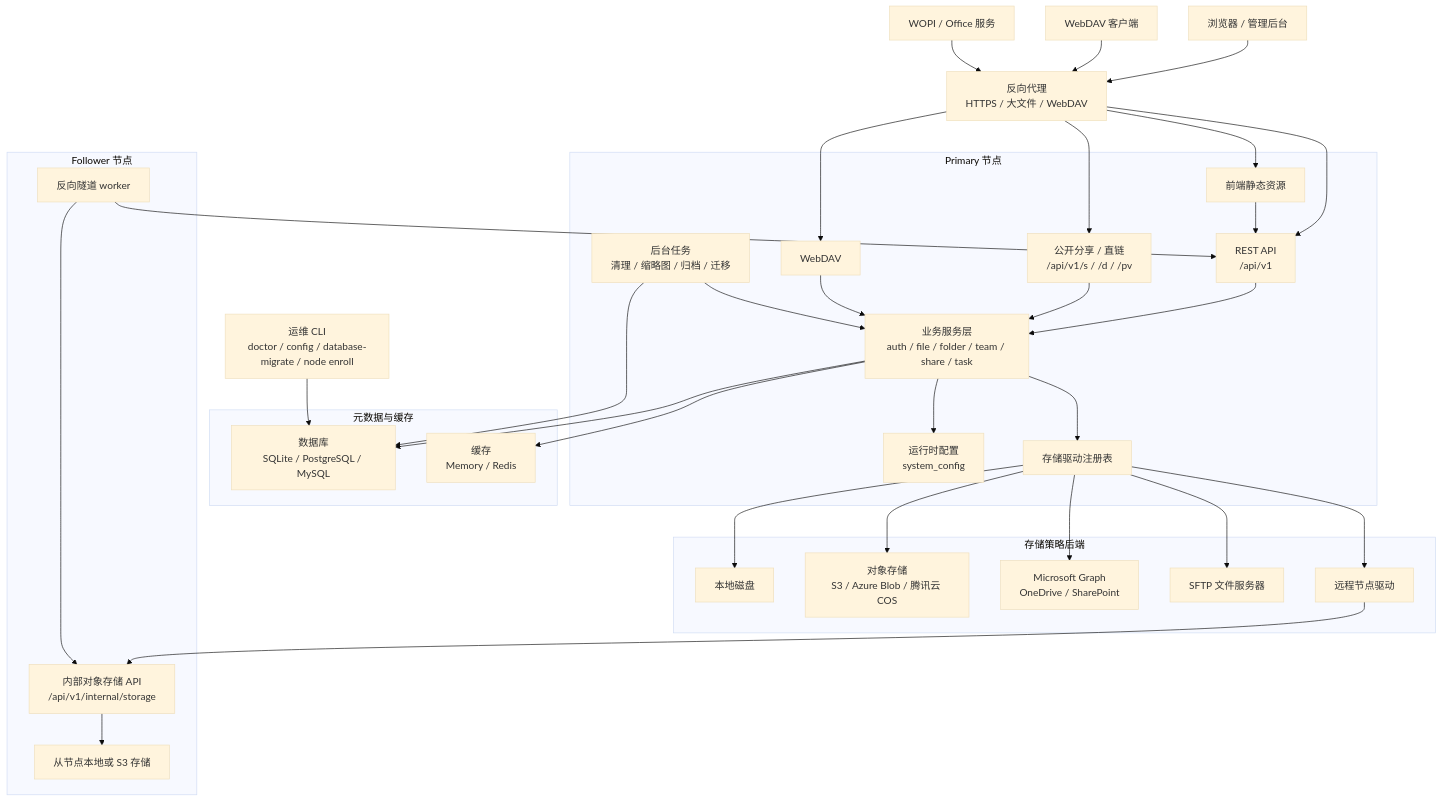
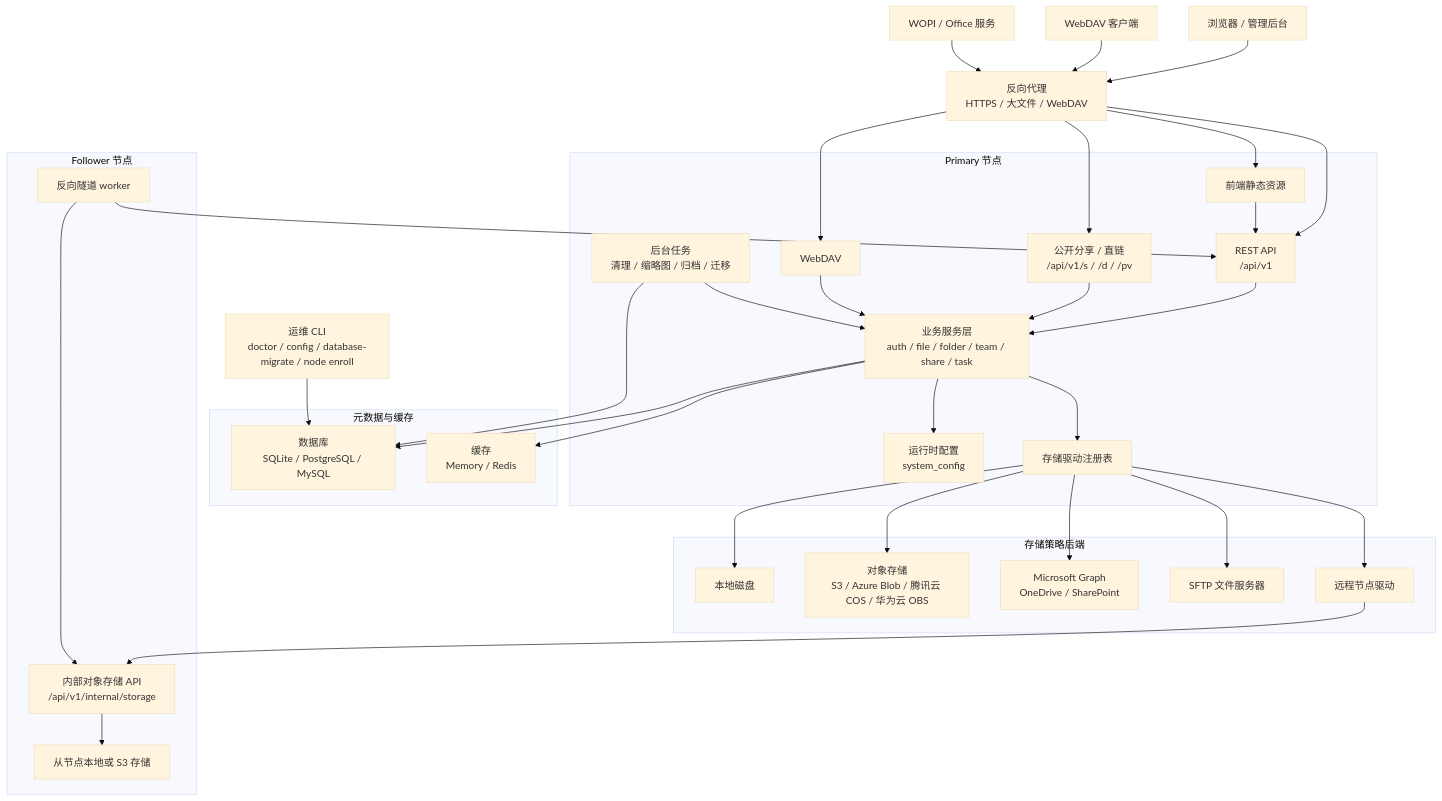
One commit to AsterCommunity/AsterDrive changed the first of 6 diagrams in docs/src/content/docs/reference/runtime-architecture.md. Above: the diagram before and after it, drawn with Mermaid (base theme). The commit also changed other lines of this file and 53 other files, not shown here.

````diff
--- a/docs/src/content/docs/reference/runtime-architecture.md
+++ b/docs/src/content/docs/reference/runtime-architecture.md
@@ -21,67 +21,67 @@
 ```mermaid
 flowchart TB
   Browser["浏览器 / 管理后台"]
   DavClient["WebDAV 客户端"]
   Office["WOPI / Office 服务"]
   ReverseProxy["反向代理<br/>HTTPS / 大文件 / WebDAV"]
   Cli["运维 CLI<br/>doctor / config / database-migrate / node enroll"]
 
   subgraph Primary["Primary 节点"]
     Frontend["前端静态资源"]
     RestApi["REST API<br/>/api/v1"]
     PublicShare["公开分享 / 直链<br/>/api/v1/s / /d / /pv"]
     WebDav["WebDAV"]
     RuntimeConfig["运行时配置<br/>system_config"]
     Services["业务服务层<br/>auth / file / folder / team / share / task"]
     Tasks["后台任务<br/>清理 / 缩略图 / 归档 / 迁移"]
     DriverRegistry["存储驱动注册表"]
   end
 
   subgraph Data["元数据与缓存"]
     Database["数据库<br/>SQLite / PostgreSQL / MySQL"]
     Cache["缓存<br/>Memory / Redis"]
   end
 
   subgraph Storage["存储策略后端"]
     Local["本地磁盘"]
-    ObjectStorage["对象存储<br/>S3 / Azure Blob / 腾讯云 COS"]
+    ObjectStorage["对象存储<br/>S3 / Azure Blob / 腾讯云 COS / 华为云 OBS"]
     Graph["Microsoft Graph<br/>OneDrive / SharePoint"]
     Sftp["SFTP 文件服务器"]
     RemoteDriver["远程节点驱动"]
   end
 
   subgraph Follower["Follower 节点"]
     InternalStorage["内部对象存储 API<br/>/api/v1/internal/storage"]
     FollowerStore["从节点本地或 S3 存储"]
     TunnelWorker["反向隧道 worker"]
   end
 
   Browser --> ReverseProxy
   DavClient --> ReverseProxy
   Office --> ReverseProxy
   ReverseProxy --> Frontend
   ReverseProxy --> RestApi
   ReverseProxy --> PublicShare
   ReverseProxy --> WebDav
   Cli --> Database
 
   Frontend --> RestApi
   RestApi --> Services
   PublicShare --> Services
   WebDav --> Services
   Services --> RuntimeConfig
   Services --> Database
   Services --> Cache
   Tasks --> Services
   Tasks --> Database
   Services --> DriverRegistry
   DriverRegistry --> Local
   DriverRegistry --> ObjectStorage
   DriverRegistry --> Graph
   DriverRegistry --> Sftp
   DriverRegistry --> RemoteDriver
   RemoteDriver --> InternalStorage
   InternalStorage --> FollowerStore
   TunnelWorker --> RestApi
   TunnelWorker --> InternalStorage
 ```
````
